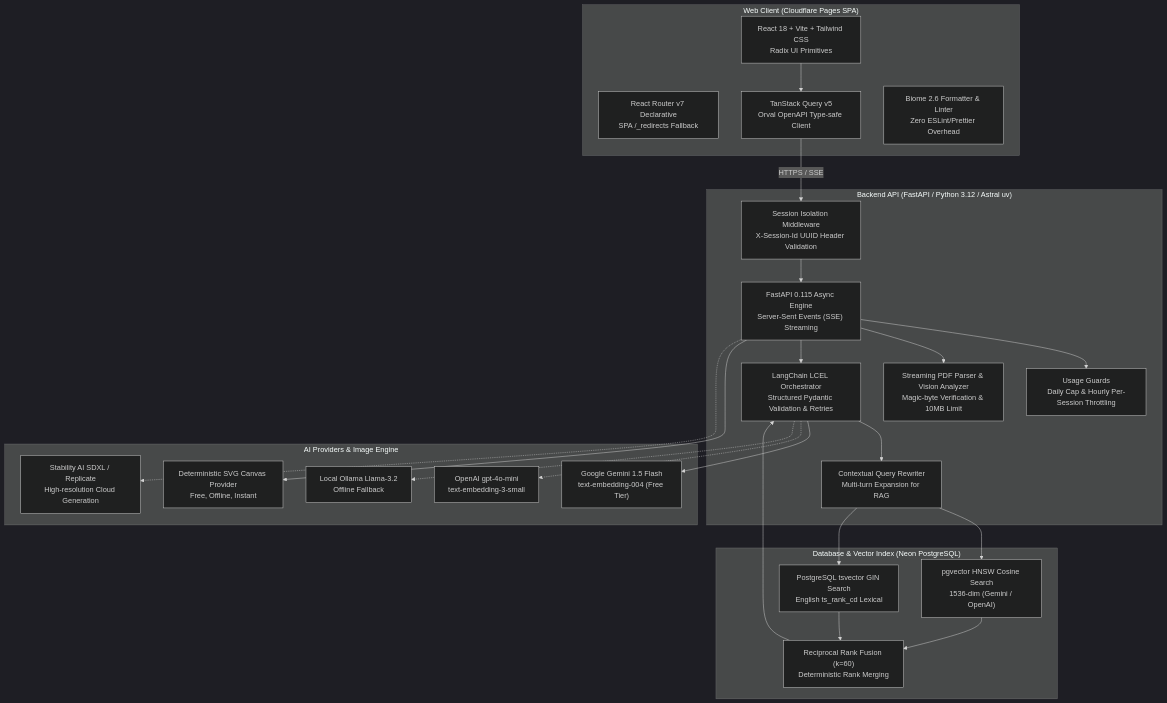
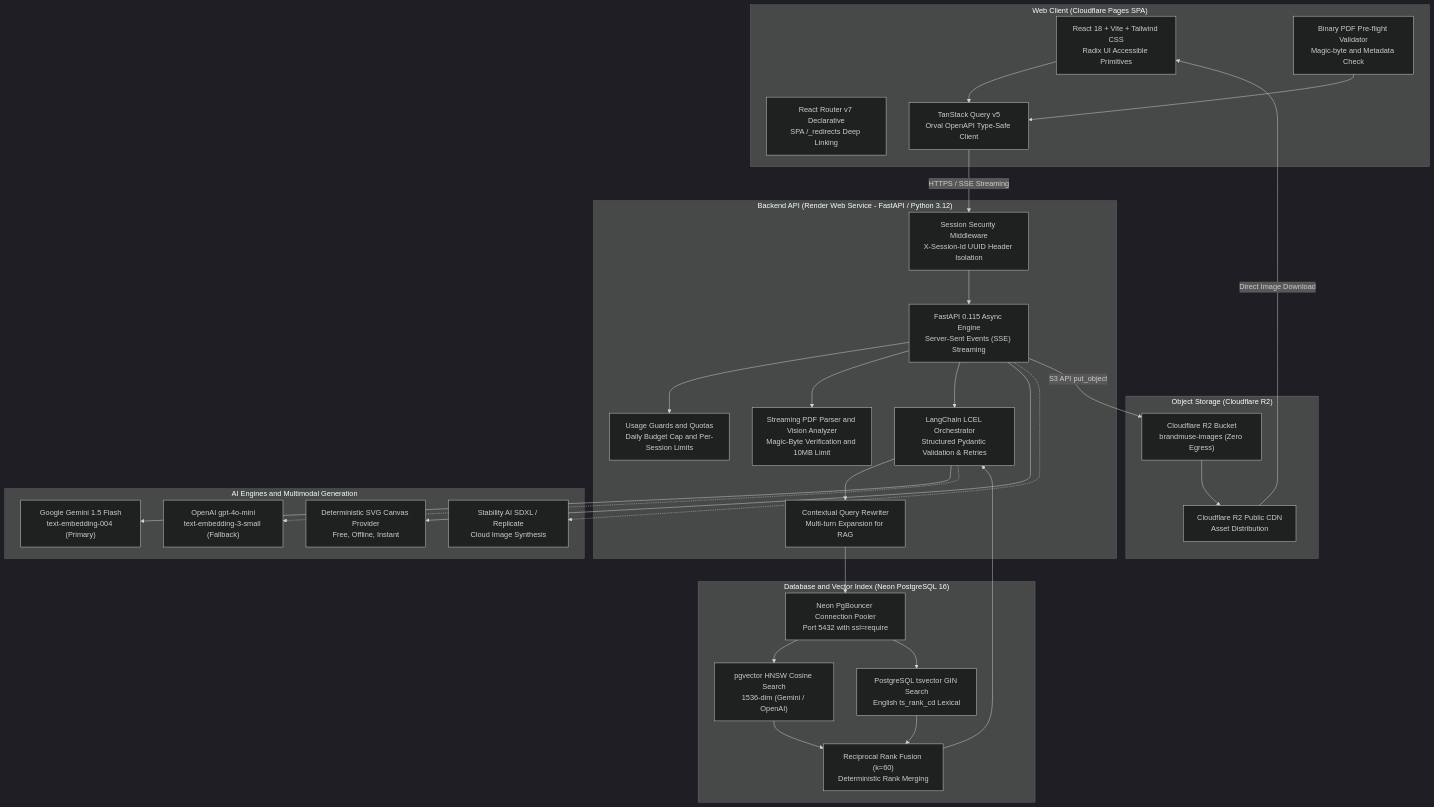
One commit to rflishrl/brandmuse changed the diagram in README.md. Above: the diagram before and after it, drawn with Mermaid (dark theme).

Commit message:
docs: update architecture mermaid diagram with Render, Neon pooler, and Cloudflare R2

````diff
--- a/README.md
+++ b/README.md
@@ -29,50 +29,62 @@
 ```mermaid
 flowchart TD
     subgraph Client["Web Client (Cloudflare Pages SPA)"]
-        UI["React 18 + Vite + Tailwind CSS\nRadix UI Primitives"]
-        Router["React Router v7 Declarative\nSPA /_redirects Fallback"]
-        TQ["TanStack Query v5\nOrval OpenAPI Type-safe Client"]
-        Tooling["Biome 2.6 Formatter & Linter\nZero ESLint/Prettier Overhead"]
+        UI["React 18 + Vite + Tailwind CSS\nRadix UI Accessible Primitives"]
+        Router["React Router v7 Declarative\nSPA /_redirects Deep Linking"]
+        TQ["TanStack Query v5\nOrval OpenAPI Type-Safe Client"]
+        Preflight["Binary PDF Pre-flight Validator\nMagic-byte and Metadata Check"]
     end
 
-    subgraph API["Backend API (FastAPI / Python 3.12 / Astral uv)"]
+    subgraph API["Backend API (Render Web Service - FastAPI / Python 3.12)"]
         FastAPI["FastAPI 0.115 Async Engine\nServer-Sent Events (SSE) Streaming"]
-        Security["Session Isolation Middleware\nX-Session-Id UUID Header Validation"]
-        RateLimit["Usage Guards\nDaily Cap & Hourly Per-Session Throttling"]
-        Ingestion["Streaming PDF Parser & Vision Analyzer\nMagic-byte Verification & 10MB Limit"]
+        Security["Session Security Middleware\nX-Session-Id UUID Header Isolation"]
+        RateLimit["Usage Guards and Quotas\nDaily Budget Cap and Per-Session Limits"]
+        Ingestion["Streaming PDF Parser and Vision Analyzer\nMagic-Byte Verification and 10MB Limit"]
         LC["LangChain LCEL Orchestrator\nStructured Pydantic Validation & Retries"]
         QueryModule["Contextual Query Rewriter\nMulti-turn Expansion for RAG"]
     end
 
-    subgraph Storage["Database & Vector Index (Neon PostgreSQL)"]
+    subgraph Database["Database and Vector Index (Neon PostgreSQL 16)"]
+        NeonPooler["Neon PgBouncer Connection Pooler\nPort 5432 with ssl=require"]
         VecSearch["pgvector HNSW Cosine Search\n1536-dim (Gemini / OpenAI)"]
         FTSearch["PostgreSQL tsvector GIN Search\nEnglish ts_rank_cd Lexical"]
         RRF["Reciprocal Rank Fusion (k=60)\nDeterministic Rank Merging"]
     end
 
-    subgraph AI["AI Providers & Image Engine"]
-        Gemini["Google Gemini 1.5 Flash\ntext-embedding-004 (Free Tier)"]
-        OpenAI["OpenAI gpt-4o-mini\ntext-embedding-3-small"]
-        Ollama["Local Ollama Llama-3.2\nOffline Fallback"]
+    subgraph Storage["Object Storage (Cloudflare R2)"]
+        R2Bucket["Cloudflare R2 Bucket\nbrandmuse-images (Zero Egress)"]
+        R2CDN["Cloudflare R2 Public CDN\nAsset Distribution"]
+    end
+
+    subgraph AI["AI Engines and Multimodal Generation"]
+        Gemini["Google Gemini 1.5 Flash\ntext-embedding-004 (Primary)"]
+        OpenAI["OpenAI gpt-4o-mini\ntext-embedding-3-small (Fallback)"]
         MockImg["Deterministic SVG Canvas Provider\nFree, Offline, Instant"]
-        CloudImg["Stability AI SDXL / Replicate\nHigh-resolution Cloud Generation"]
+        CloudImg["Stability AI SDXL / Replicate\nCloud Image Synthesis"]
     end
 
     UI --> TQ
-    TQ -->|HTTPS / SSE| Security
+    Preflight --> TQ
+    TQ -->|HTTPS / SSE Streaming| Security
     Security --> FastAPI
     FastAPI --> RateLimit
     FastAPI --> Ingestion
     FastAPI --> LC
+
     LC --> QueryModule
-    QueryModule --> VecSearch
-    QueryModule --> FTSearch
+    QueryModule --> NeonPooler
+    NeonPooler --> VecSearch
+    NeonPooler --> FTSearch
     VecSearch --> RRF
     FTSearch --> RRF
     RRF --> LC
+
     LC --> Gemini
     LC -.-> OpenAI
-    LC -.-> Ollama
+
     FastAPI --> MockImg
     FastAPI -.-> CloudImg
+    FastAPI -->|S3 API put_object| R2Bucket
+    R2Bucket --> R2CDN
+    R2CDN -->|Direct Image Download| UI
 ```
````
